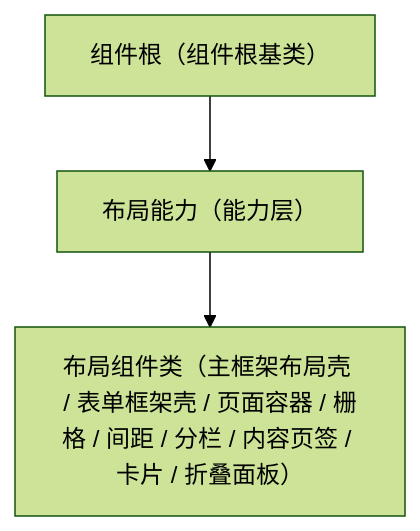
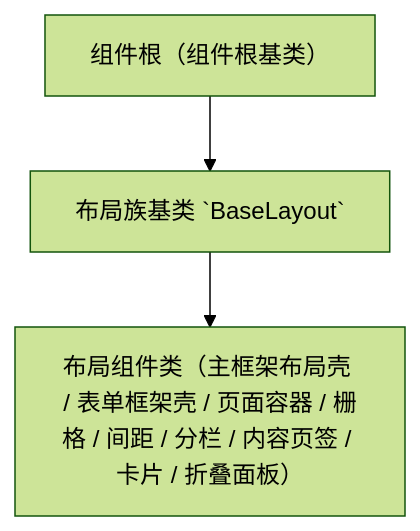
The diagram in bms文档/设计/组件设计/02_基础组件类/02_能力类/07_组件设计_布局能力/07_组件设计_布局能力.md (minjian123/basic-management-system), drawn with Mermaid (forest theme) before and after one commit. The commit also changed other lines of this file and 126 other files, not shown here.

````diff
--- a/bms文档/设计/组件设计/02_基础组件类/02_能力类/07_组件设计_布局能力/07_组件设计_布局能力.md
+++ b/bms文档/设计/组件设计/02_基础组件类/02_能力类/07_组件设计_布局能力/07_组件设计_布局能力.md
@@ -16,5 +16,5 @@
 ```mermaid
 flowchart TD
-    COMP["组件根（组件根基类）"] --> LAY["布局能力（能力层）"]
+    COMP["组件根（组件根基类）"] --> LAY["布局族基类 `BaseLayout`"]
     LAY --> L["布局组件类（主框架布局壳 / 表单框架壳 / 页面容器 / 栅格 / 间距 / 分栏 / 内容页签 / 卡片 / 折叠面板）"]
 ```
````
